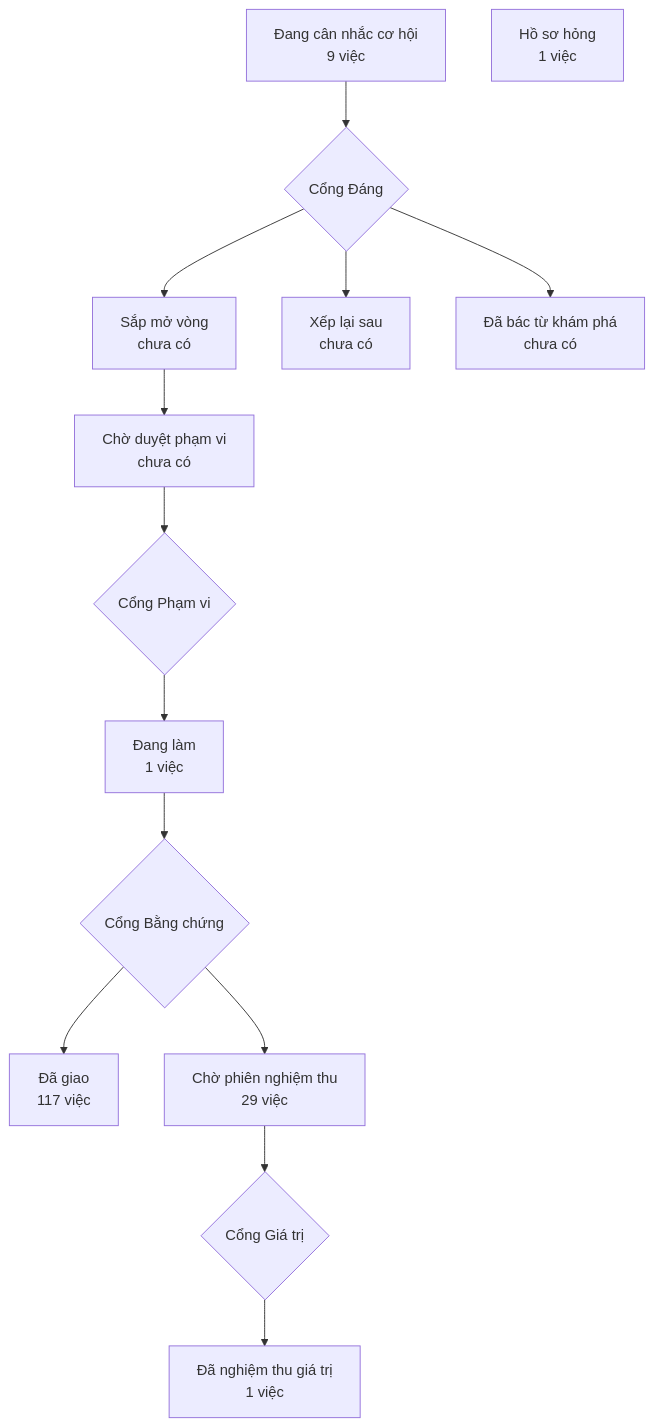
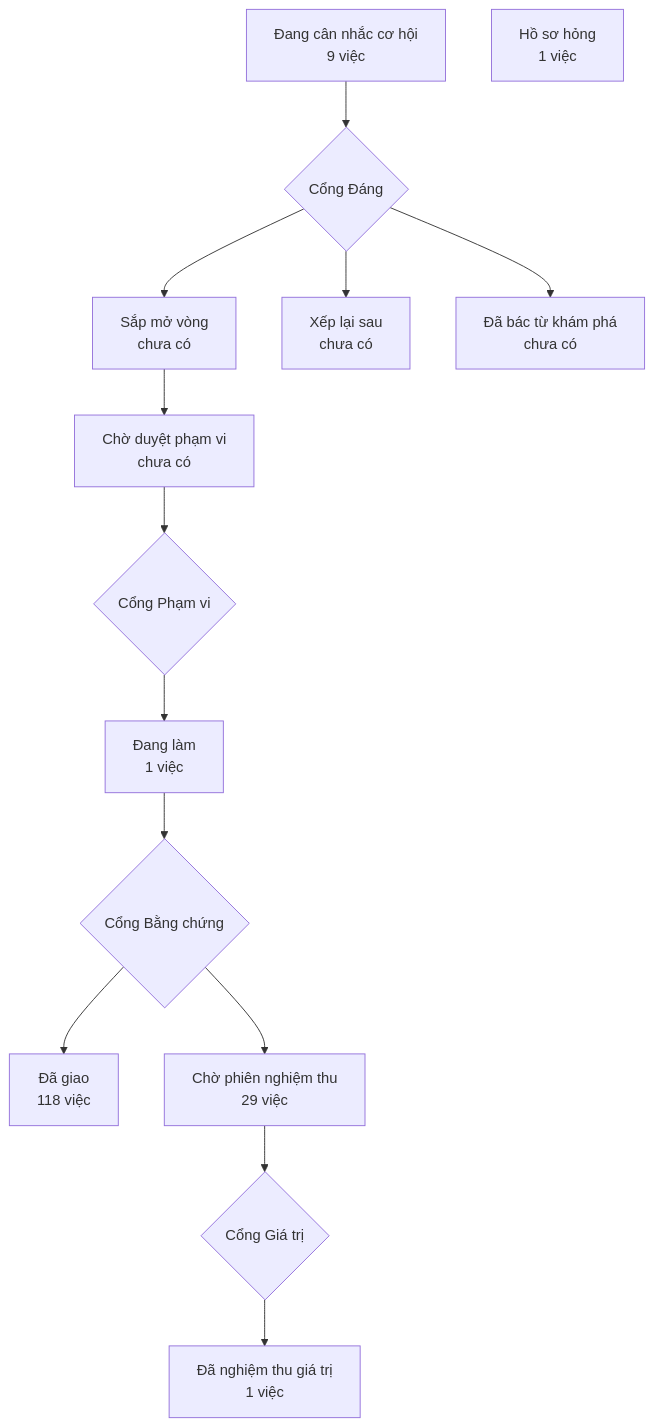
One commit to phanlemanh/crm-onehub changed the diagram in PRODUCT-MAP.md. Above: the diagram before and after it, drawn with Mermaid. The commit also changed other lines of this file and 2 other files, not shown here.

Commit message:
docs(chan-trung-khoa-ban-nhap): máy thông Cổng 2 (xanh-sạch, cửa veto mở); vẽ lại bản đồ

````diff
--- a/PRODUCT-MAP.md
+++ b/PRODUCT-MAP.md
@@ -7,13 +7,13 @@
 ```mermaid
 flowchart TD
   A["Đang cân nhắc cơ hội<br/>9 việc"] --> GD{"Cổng Đáng"}
   GD --> B["Sắp mở vòng<br/>chưa có"]
   GD --> XL["Xếp lại sau<br/>chưa có"]
   GD --> DB["Đã bác từ khám phá<br/>chưa có"]
   B --> CD["Chờ duyệt phạm vi<br/>chưa có"] --> GP{"Cổng Phạm vi"}
   GP --> DL["Đang làm<br/>1 việc"] --> GB{"Cổng Bằng chứng"}
-  GB --> DG["Đã giao<br/>117 việc"]
+  GB --> DG["Đã giao<br/>118 việc"]
   GB --> CN["Chờ phiên nghiệm thu<br/>29 việc"] --> GG{"Cổng Giá trị"}
   GG --> NT["Đã nghiệm thu giá trị<br/>1 việc"]
   HS["Hồ sơ hỏng<br/>1 việc"]
 ```
````
